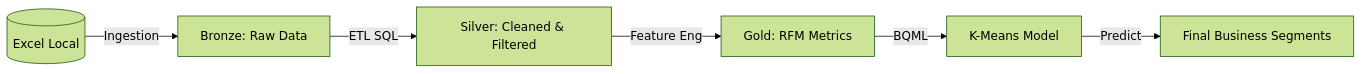
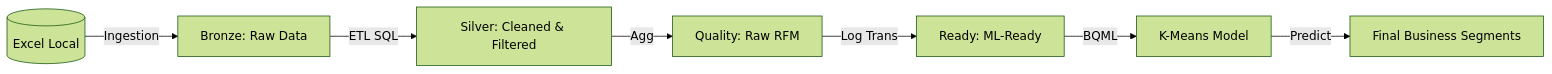
The diagram in 1_ml-pipeline-migration-bigquery/README.md (CaballeroRAR/ds_projects), drawn with Mermaid (forest theme) before and after one commit. The commit also changed other lines of this file and 3 other files, not shown here.

````diff
--- a/1_ml-pipeline-migration-bigquery/README.md
+++ b/1_ml-pipeline-migration-bigquery/README.md
@@ -9,8 +9,9 @@
 ```mermaid
 graph LR
     A[(Excel Local)] -->|Ingestion| B[Bronze: Raw Data]
     B -->|ETL SQL| C[Silver: Cleaned & Filtered]
-    C -->|Feature Eng| D[Gold: RFM Metrics]
-    D -->|BQML| E[K-Means Model]
-    E -->|Predict| F[Final Business Segments]
+    C -->|Agg| D[Quality: Raw RFM]
+    D -->|Log Trans| E[Ready: ML-Ready]
+    E -->|BQML| F[K-Means Model]
+    F -->|Predict| G[Final Business Segments]
 ```
````
